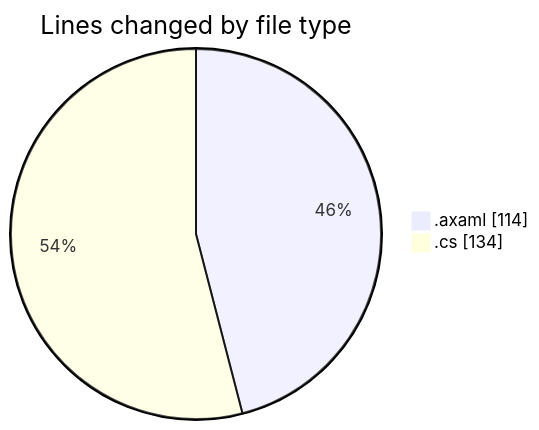
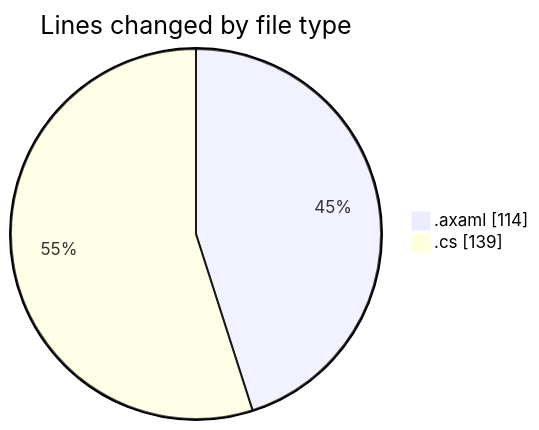
One commit to Netris89/code-tracking changed the first of 2 diagrams in 2025-10-29/skintrack/README.md. Above: the diagram before and after it, drawn with Mermaid. The commit also changed other lines of this file and 1 other file, not shown here.

````diff
--- a/2025-10-29/skintrack/README.md
+++ b/2025-10-29/skintrack/README.md
@@ -26,6 +26,6 @@
 ```mermaid
 pie showData
 title Lines changed by file type
 ".axaml" : 114
-".cs" : 134
+".cs" : 139
 ```
````
